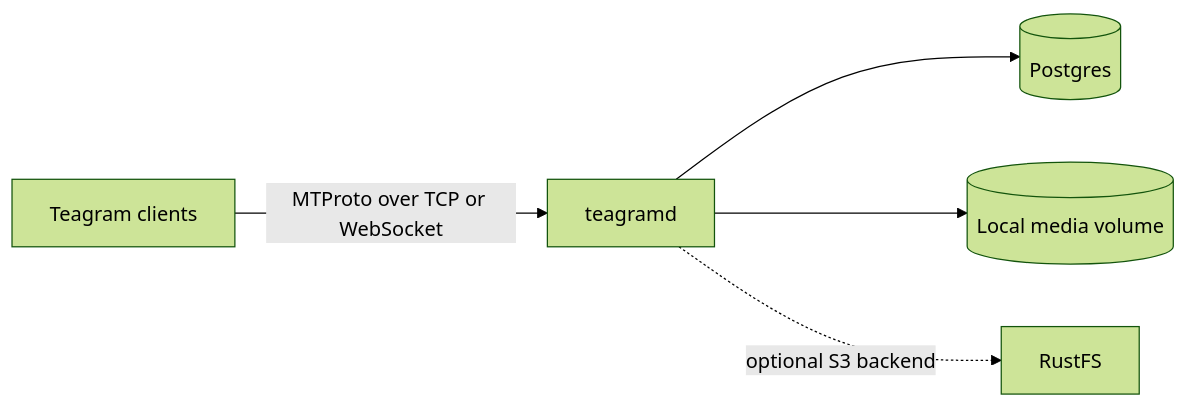
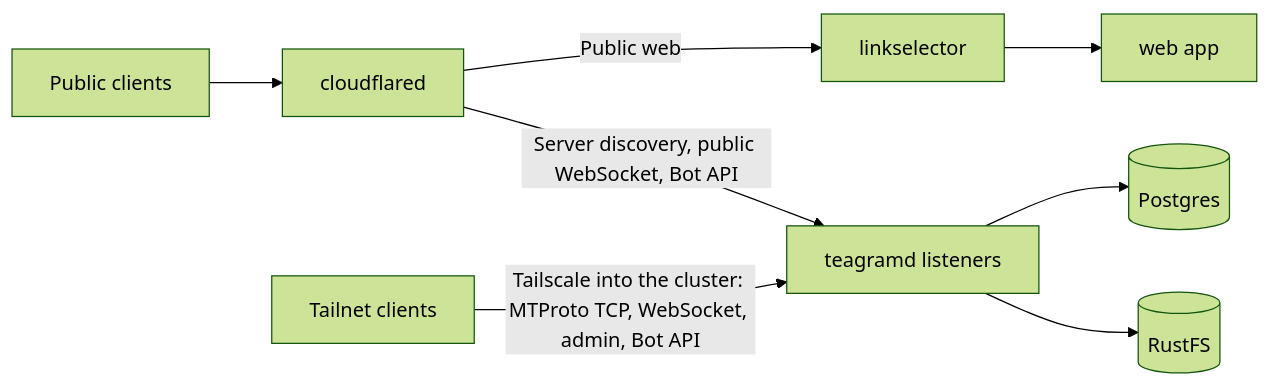
Before and after one commit to teagramhq/teagram-server: the diagram in README.md, drawn with Mermaid (forest theme). The commit also changed other lines of this file and 2 other files, not shown here.

First line of the commit message:
docs: align README and roadmap with main

````diff
--- a/README.md
+++ b/README.md
@@ -111,7 +73,10 @@
 ```mermaid
 flowchart LR
-  clients[Teagram clients] -->|MTProto over TCP or WebSocket| server[teagramd]
-  server --> db[(Postgres)]
-  server --> media[(Local media volume)]
-  server -. optional S3 backend .-> rustfs[RustFS]
+  public[Public clients] --> cloudflared[cloudflared]
+  tailnet[Tailnet clients] -->|Tailscale into the cluster: MTProto TCP, WebSocket, admin, Bot API| teagramd[teagramd listeners]
+  cloudflared -->|Public web| linkselector[linkselector]
+  linkselector --> web[web app]
+  cloudflared -->|Server discovery, public WebSocket, Bot API| teagramd
+  teagramd --> postgres[(Postgres)]
+  teagramd --> rustfs[(RustFS)]
 ```
````
